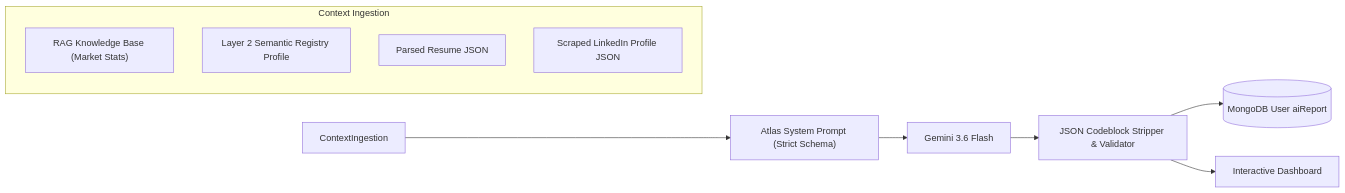
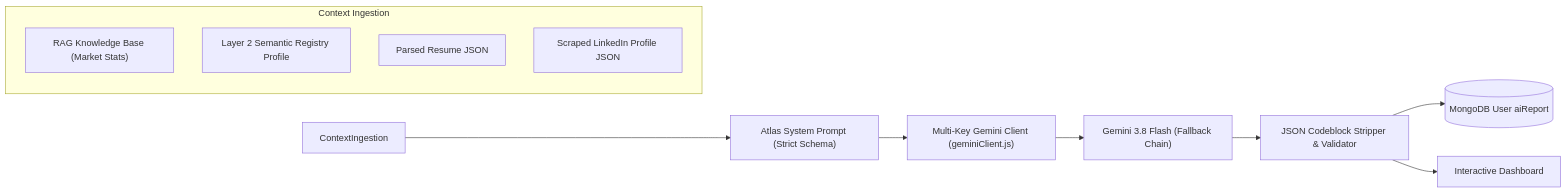
Before and after one commit to Aditya-2629/carrer-gps-asessment: the diagram in docs/AI_PIPELINE.md, drawn with Mermaid. The commit also changed other lines of this file and 27 other files, not shown here.

First line of the commit message:
feat: integrate Gemini 3.8 Flash multi-key fallback, enhance report question focus, and remove tool stack

````diff
--- a/docs/AI_PIPELINE.md
+++ b/docs/AI_PIPELINE.md
@@ -23,15 +23,16 @@
 ```mermaid
 graph LR
     subgraph Context Ingestion
         RAG["RAG Knowledge Base (Market Stats)"]
         Semantics["Layer 2 Semantic Registry Profile"]
         Resume["Parsed Resume JSON"]
         LinkedIn["Scraped LinkedIn Profile JSON"]
     end
 
     ContextIngestion --> Prompt["Atlas System Prompt (Strict Schema)"]
-    Prompt --> Gemini["Gemini 3.6 Flash"]
+    Prompt --> FallbackClient["Multi-Key Gemini Client (geminiClient.js)"]
+    FallbackClient --> Gemini["Gemini 3.8 Flash (Fallback Chain)"]
     Gemini --> Sanitizer["JSON Codeblock Stripper & Validator"]
     Sanitizer --> DB[("MongoDB User aiReport")]
     Sanitizer --> Client["Interactive Dashboard"]
 ```
````
